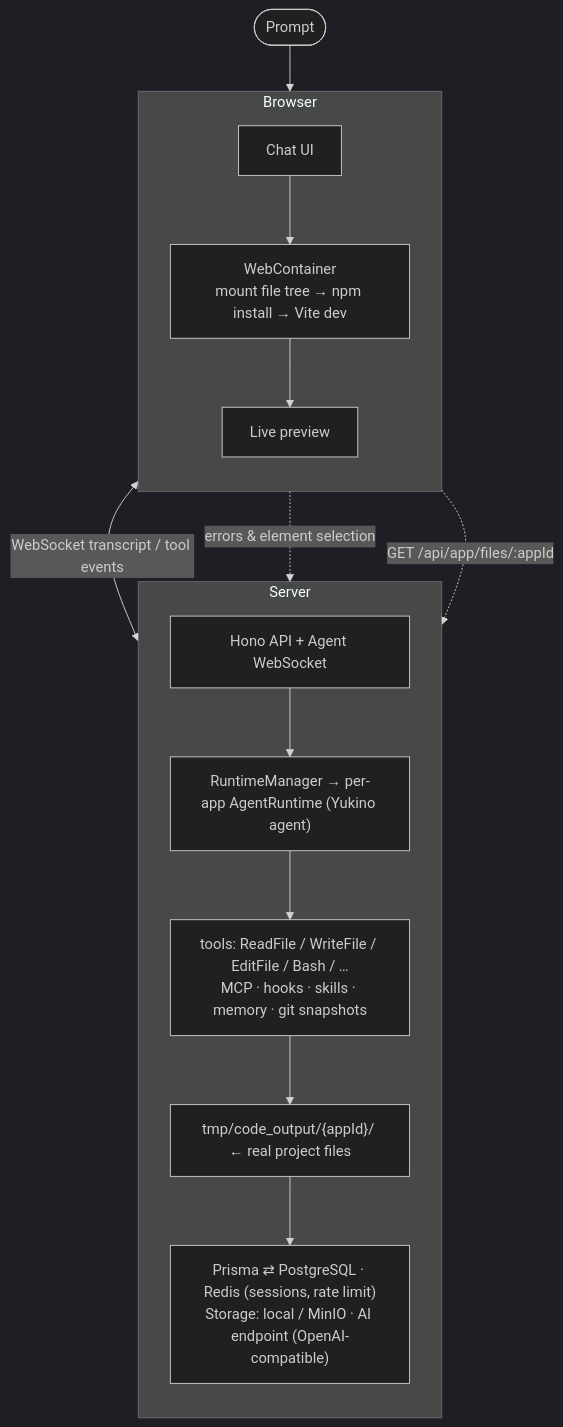
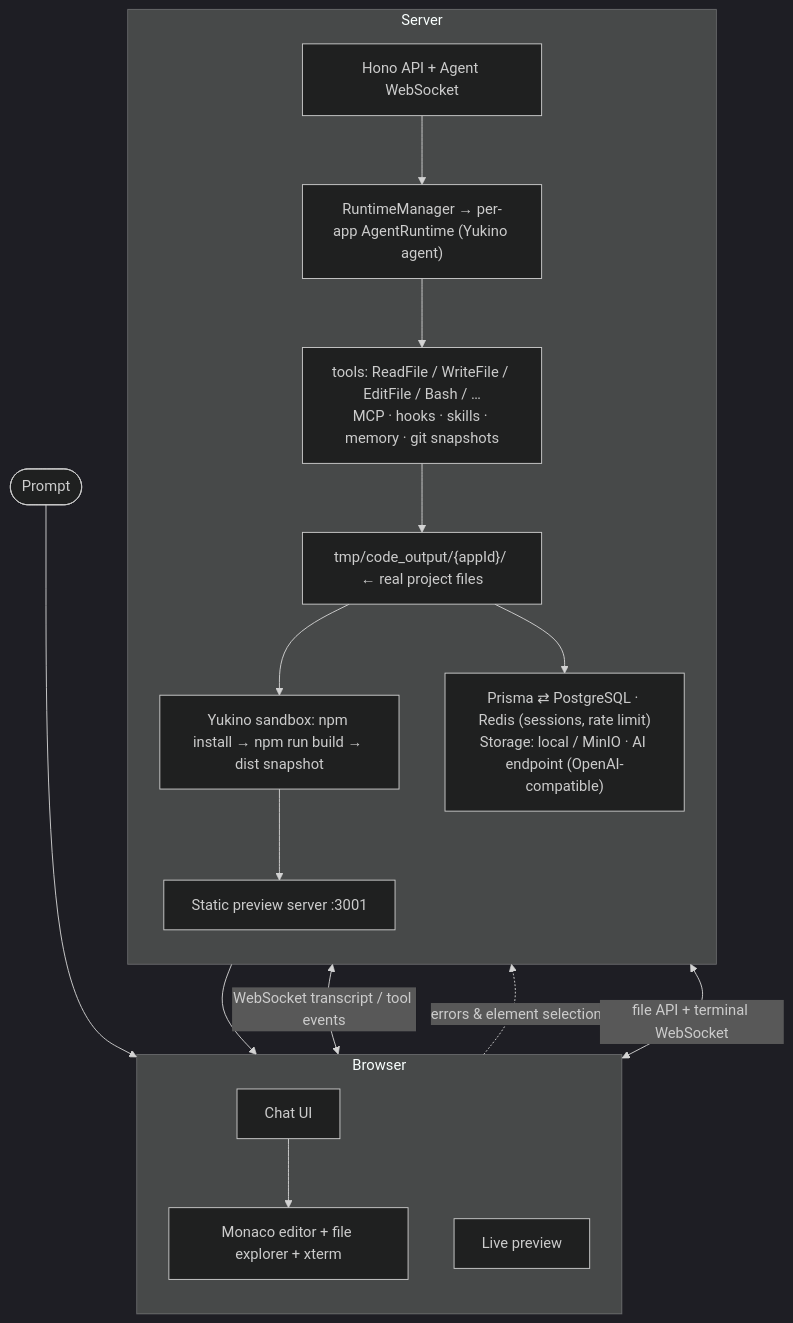
One commit to hangtiancheng/yukino-codegen changed the diagram in README.md. Above: the diagram before and after it, drawn with Mermaid (dark theme). The commit also changed other lines of this file and 48 other files, not shown here.

````diff
--- a/README.md
+++ b/README.md
@@ -36,28 +36,32 @@
 ```mermaid
 flowchart TB
     Prompt(["Prompt"])
 
     subgraph Browser["Browser"]
         direction TB
         Chat["Chat UI"]
-        WebContainer["WebContainer<br/>mount file tree → npm install → Vite dev"]
+        Editor["Monaco editor + file explorer + xterm"]
         Preview["Live preview"]
     end
 
     subgraph Server["Server"]
         direction TB
         Api["Hono API + Agent WebSocket"]
         Runtime["RuntimeManager → per-app AgentRuntime (Yukino agent)"]
         Capabilities["tools: ReadFile / WriteFile / EditFile / Bash / …<br/>MCP · hooks · skills · memory · git snapshots"]
         Workspace["tmp/code_output/{appId}/ ← real project files"]
+        Build["Yukino sandbox: npm install → npm run build → dist snapshot"]
+        Static["Static preview server :3001"]
+        Workspace --> Build --> Static
         Infra["Prisma ⇄ PostgreSQL · Redis (sessions, rate limit)<br/>Storage: local / MinIO · AI endpoint (OpenAI-compatible)"]
 
         Api --> Runtime --> Capabilities --> Workspace --> Infra
     end
 
     Prompt --> Chat
     Chat <-->|"WebSocket transcript / tool events"| Api
-    Chat --> WebContainer --> Preview
+    Chat --> Editor
+    Static --> Preview
     Preview -.->|"errors & element selection"| Api
-    WebContainer -.->|"GET /api/app/files/:appId"| Api
+    Editor <-->|"file API + terminal WebSocket"| Api
 ```
````
